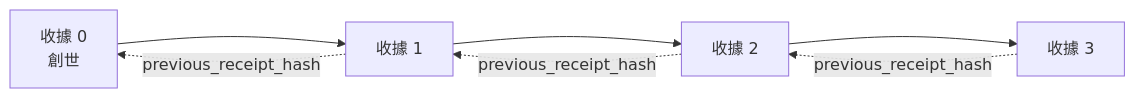
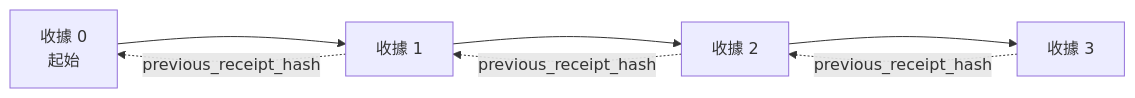
One commit to gabrielmoreira/agent-skills-mirror changed the second of 2 diagrams in mirrors/repos/microsoft@ai-agents-for-beginners/translations/zh-MO/18-securing-ai-agents/README.md. Above: the diagram before and after it, drawn with Mermaid. The commit also changed other lines of this file and 8886 other files, not shown here.

````diff
--- a/mirrors/repos/microsoft@ai-agents-for-beginners/translations/zh-MO/18-securing-ai-agents/README.md
+++ b/mirrors/repos/microsoft@ai-agents-for-beginners/translations/zh-MO/18-securing-ai-agents/README.md
@@ -206,9 +206,9 @@
 ```mermaid
 flowchart LR
-    R0[收據 0<br/>創世] --> R1[收據 1]
+    R0[收據 0<br/>起始] --> R1[收據 1]
     R1 --> R2[收據 2]
     R2 --> R3[收據 3]
     R1 -. previous_receipt_hash .-> R0
     R2 -. previous_receipt_hash .-> R1
     R3 -. previous_receipt_hash .-> R2
 ```
````
